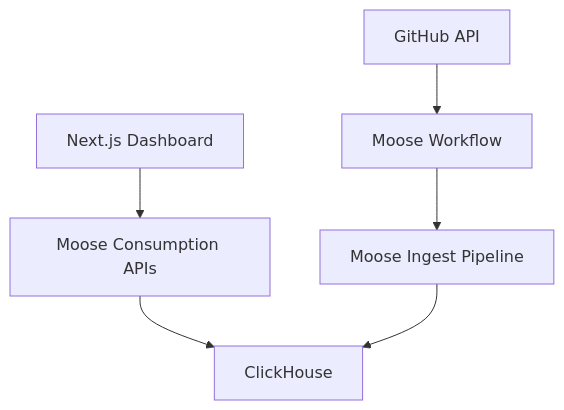
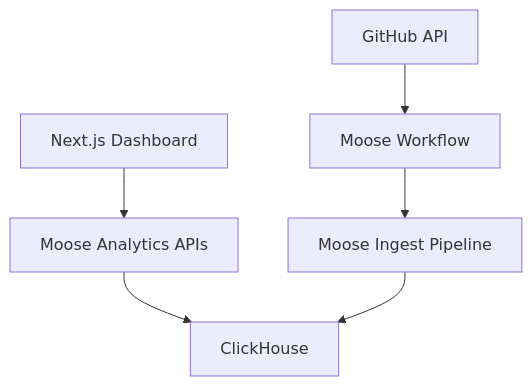
One commit to 514-labs/moose changed the diagram in apps/framework-docs/src/pages/templates/github.mdx. Above: the diagram before and after it, drawn with Mermaid. The commit also changed other lines of this file and 22 other files, not shown here.

````diff
--- a/apps/framework-docs/src/pages/templates/github.mdx
+++ b/apps/framework-docs/src/pages/templates/github.mdx
@@ -43,8 +43,8 @@
 ```mermaid
 graph TD
-    A[Next.js Dashboard] --> B[Moose Consumption APIs]
+    A[Next.js Dashboard] --> B[Moose Analytics APIs]
     B --> C[ClickHouse]
     D[GitHub API] --> E[Moose Workflow]
     E --> F[Moose Ingest Pipeline]
     F --> C
 ```
````
